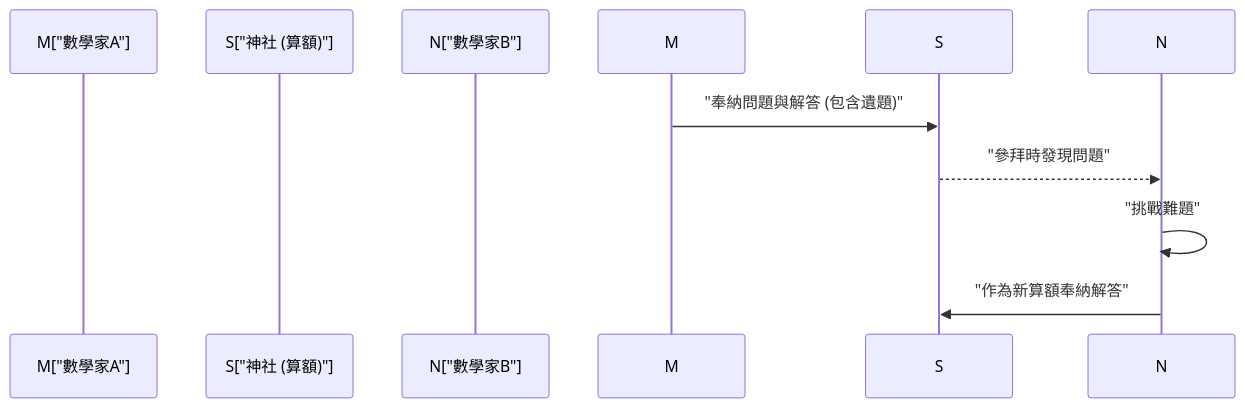
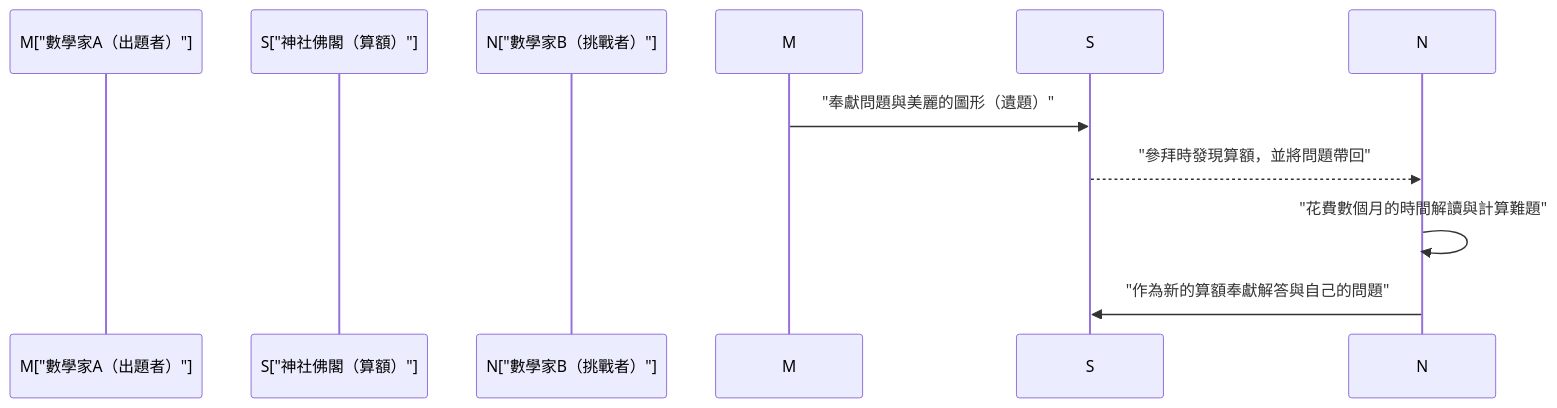
The second of 2 diagrams in content/post/history-of-wasan-japanese-mathematics/index.zh-tw.md (kenjinote/blog), drawn with Mermaid before and after one commit. The commit also changed other lines of this file and 129 other files, not shown here.

````diff
--- a/content/post/history-of-wasan-japanese-mathematics/index.zh-tw.md
+++ b/content/post/history-of-wasan-japanese-mathematics/index.zh-tw.md
@@ -68,11 +70,11 @@
 ```mermaid
 sequenceDiagram
-    participant M["數學家A"]
-    participant S["神社 (算額)"]
-    participant N["數學家B"]
+    participant M["數學家A（出題者）"]
+    participant S["神社佛閣（算額）"]
+    participant N["數學家B（挑戰者）"]
     
-    M->>S: "奉納問題與解答 (包含遺題)"
-    S-->>N: "參拜時發現問題"
-    N->>N: "挑戰難題"
-    N->>S: "作為新算額奉納解答"
+    M->>S: "奉獻問題與美麗的圖形（遺題）"
+    S-->>N: "參拜時發現算額，並將問題帶回"
+    N->>N: "花費數個月的時間解讀與計算難題"
+    N->>S: "作為新的算額奉獻解答與自己的問題"
 ```
````
